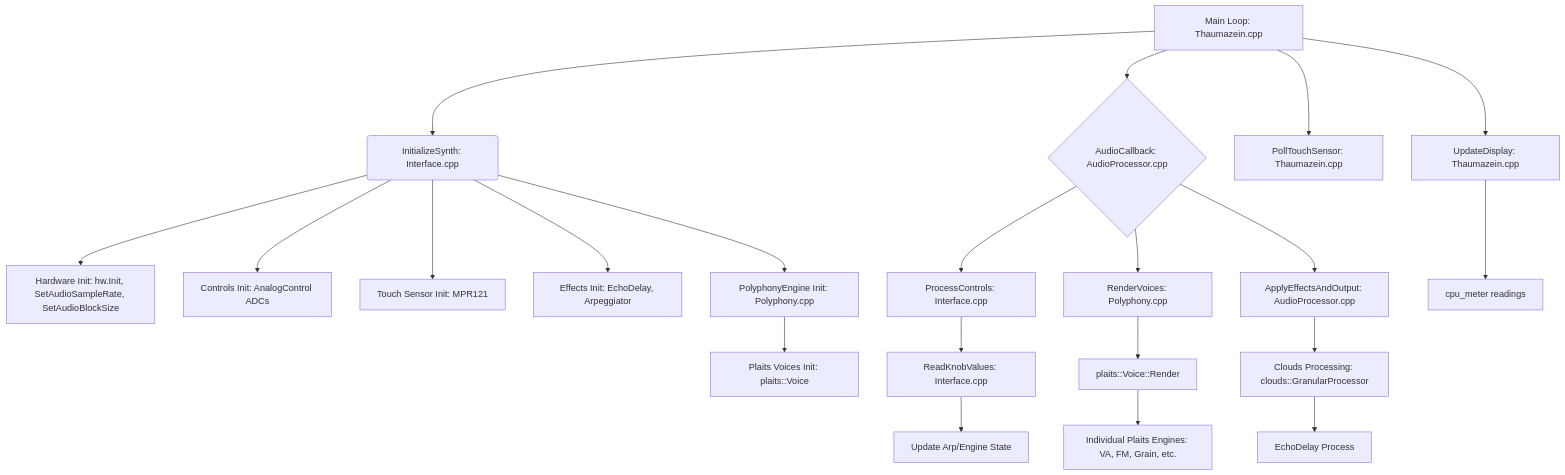
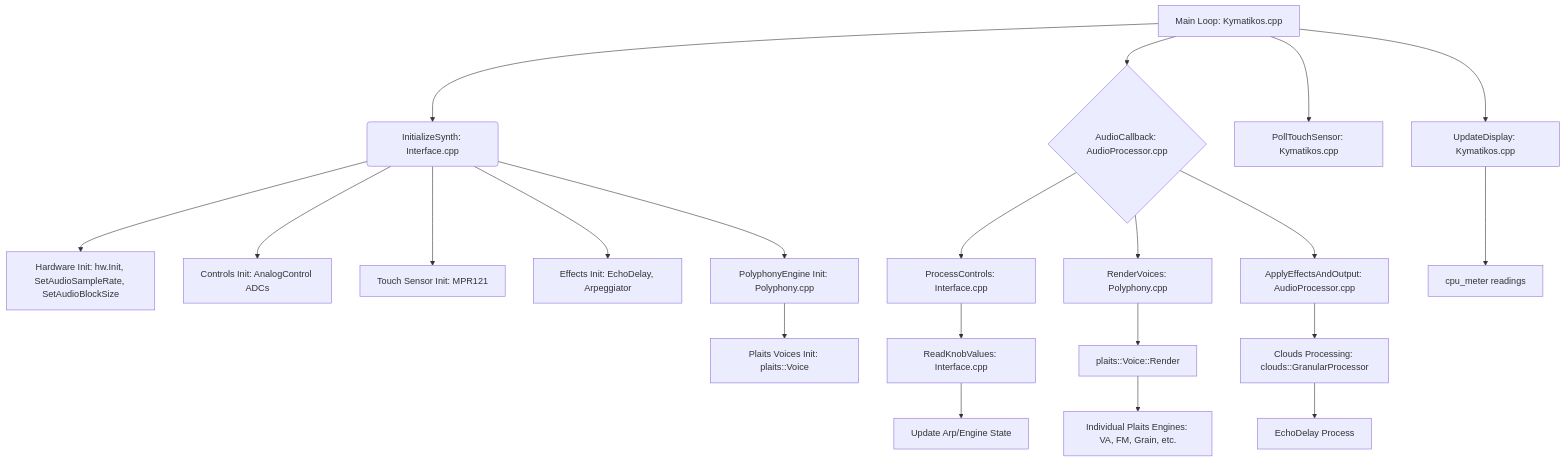
The diagram in README.md (Dylan-Hackett/Kymatikos), drawn with Mermaid before and after one commit. The commit also changed other lines of this file and 12 other files, not shown here.

````diff
--- a/README.md
+++ b/README.md
@@ -53,23 +53,23 @@
 ```mermaid
 graph TD
-    A[Main Loop: Thaumazein.cpp] --> B(InitializeSynth: Interface.cpp);
+    A[Main Loop: Kymatikos.cpp] --> B(InitializeSynth: Interface.cpp);
     A --> C{AudioCallback: AudioProcessor.cpp};
     B --> D[Hardware Init: hw.Init, SetAudioSampleRate, SetAudioBlockSize];
     B --> E[Controls Init: AnalogControl ADCs];
     B --> F[Touch Sensor Init: MPR121];
     B --> G[Effects Init: EchoDelay, Arpeggiator];
     B --> H[PolyphonyEngine Init: Polyphony.cpp];
     H --> I[Plaits Voices Init: plaits::Voice];
     C --> J[ProcessControls: Interface.cpp];
     J --> K[ReadKnobValues: Interface.cpp];
     K --> L[Update Arp/Engine State];
     C --> M[RenderVoices: Polyphony.cpp];
     M --> N[plaits::Voice::Render];
     N --> O[Individual Plaits Engines: VA, FM, Grain, etc.];
     C --> P[ApplyEffectsAndOutput: AudioProcessor.cpp];
     P --> X[Clouds Processing: clouds::GranularProcessor];
     X --> Q[EchoDelay Process];
-    A --> R[PollTouchSensor: Thaumazein.cpp];
-    A --> S[UpdateDisplay: Thaumazein.cpp];
+    A --> R[PollTouchSensor: Kymatikos.cpp];
+    A --> S[UpdateDisplay: Kymatikos.cpp];
     S --> T[cpu_meter readings];
 ```
````
